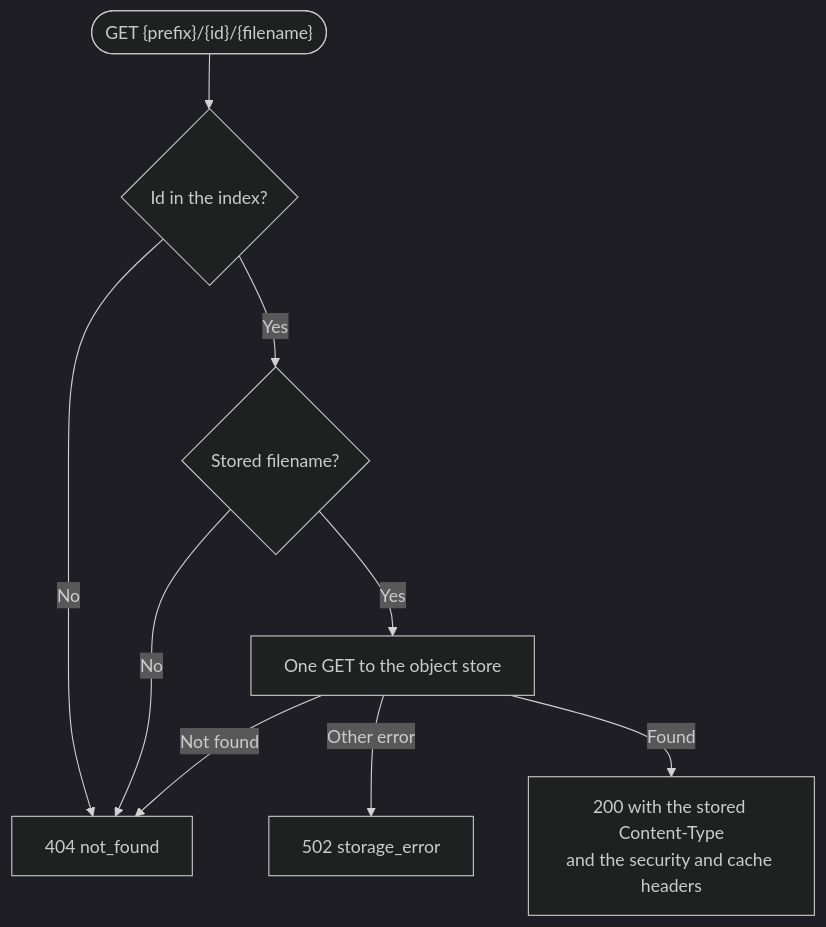
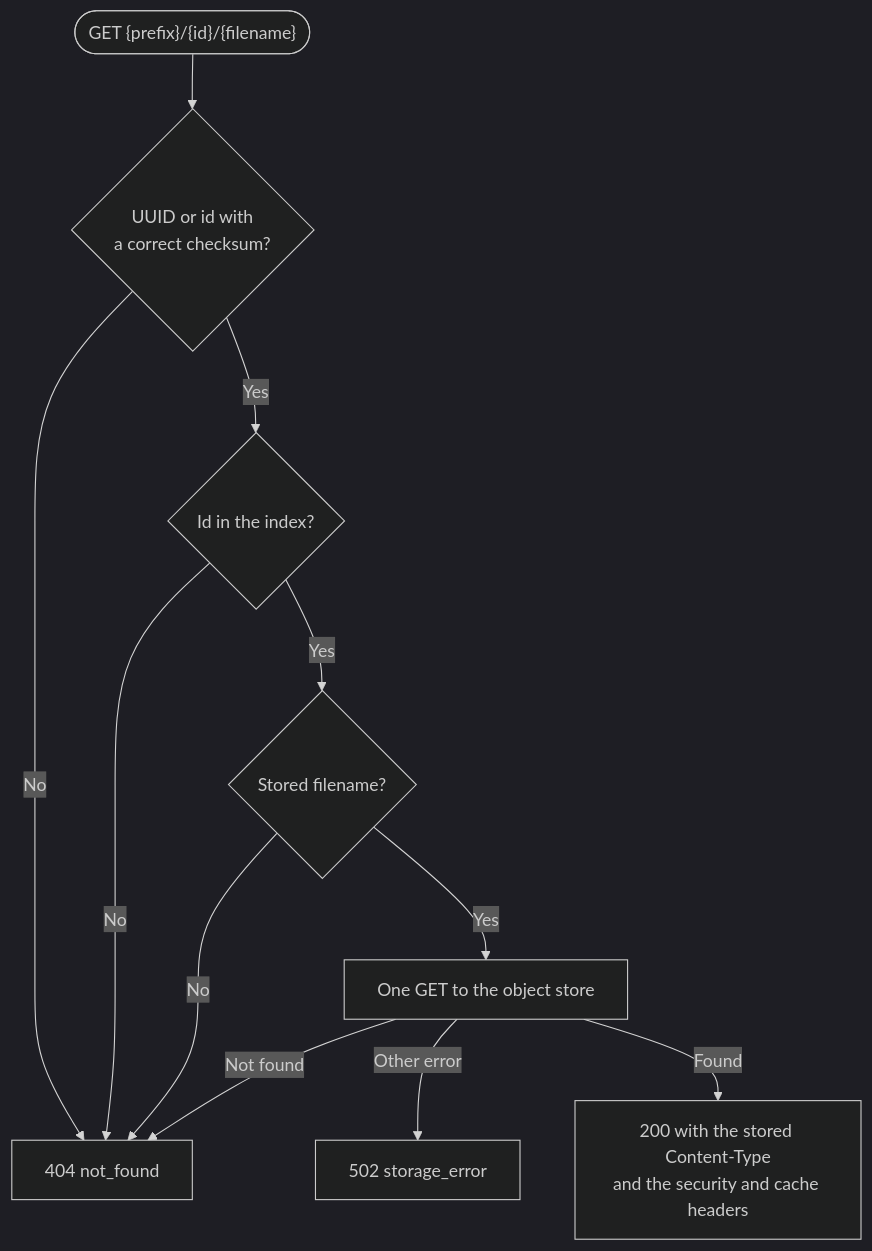
The diagram in docs/prds/PRD-retrieval.md (esukram/fileslop), drawn with Mermaid (dark theme) before and after one commit. The commit also changed other lines of this file and 20 other files, not shown here.

````diff
--- a/docs/prds/PRD-retrieval.md
+++ b/docs/prds/PRD-retrieval.md
@@ -42,11 +44,13 @@
 ```mermaid
 flowchart TD
-  req(["GET {prefix}/{id}/{filename}"]) --> idx{Id in the index?}
-  idx -- No --> nf[404 not_found]
+  req(["GET {prefix}/{id}/{filename}"]) --> fmt{"UUID or id with<br/>a correct checksum?"}
+  fmt -- No --> nf[404 not_found]
+  fmt -- Yes --> idx{Id in the index?}
+  idx -- No --> nf
   idx -- Yes --> fn{Stored filename?}
   fn -- No --> nf
   fn -- Yes --> get[One GET to the object store]
   get -- Not found --> nf
   get -- Other error --> e502[502 storage_error]
   get -- Found --> ok["200 with the stored Content-Type<br/>and the security and cache headers"]
 ```
````
